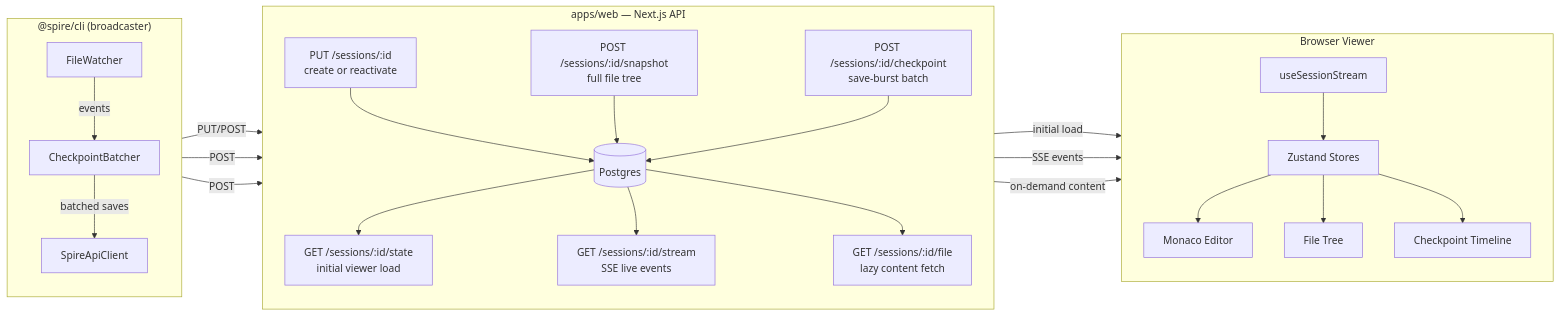
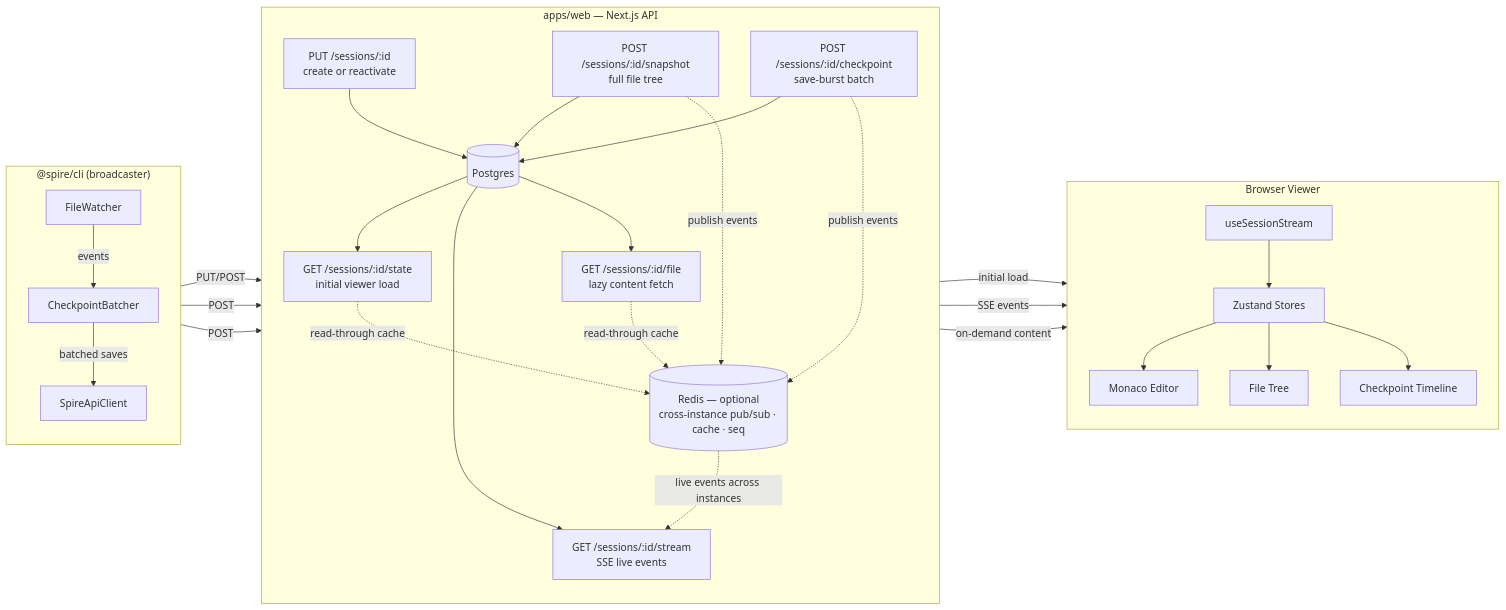
The first of 2 diagrams in README.md (ZenshiLabs/spire), drawn with Mermaid before and after one commit. The commit also changed other lines of this file and 1 other file, not shown here.

Commit message:
docs: document optional Redis layer in READMEs

````diff
--- a/README.md
+++ b/README.md
@@ -7,36 +7,40 @@
 ```mermaid
 flowchart LR
     subgraph cli["@spire/cli (broadcaster)"]
         direction TB
         W[FileWatcher] -->|events| CB[CheckpointBatcher]
         CB -->|batched saves| CLIENT[SpireApiClient]
     end
 
     subgraph api["apps/web — Next.js API"]
         direction TB
         SESS["PUT /sessions/:id\ncreate or reactivate"]
         SNAP["POST /sessions/:id/snapshot\nfull file tree"]
         CHKPT["POST /sessions/:id/checkpoint\nsave-burst batch"]
         STATE["GET /sessions/:id/state\ninitial viewer load"]
         STREAM["GET /sessions/:id/stream\nSSE live events"]
         FILE["GET /sessions/:id/file\nlazy content fetch"]
         DB[(Postgres)]
+        REDIS[(Redis — optional\ncross-instance pub/sub · cache · seq)]
         SESS & SNAP & CHKPT --> DB
         DB --> STATE & STREAM & FILE
+        SNAP & CHKPT -.->|publish events| REDIS
+        REDIS -.->|live events across instances| STREAM
+        STATE & FILE -.->|read-through cache| REDIS
     end
 
     subgraph viewer["Browser Viewer"]
         direction TB
         HOOK[useSessionStream] --> STORES[Zustand Stores]
         STORES --> EDITOR[Monaco Editor]
         STORES --> TREE[File Tree]
         STORES --> TIMELINE[Checkpoint Timeline]
     end
 
     CLIENT -->|PUT/POST| SESS
     CLIENT -->|POST| SNAP
     CLIENT -->|POST| CHKPT
     STATE -->|initial load| HOOK
     STREAM -->|SSE events| HOOK
     FILE -->|on-demand content| EDITOR
 ```
````
